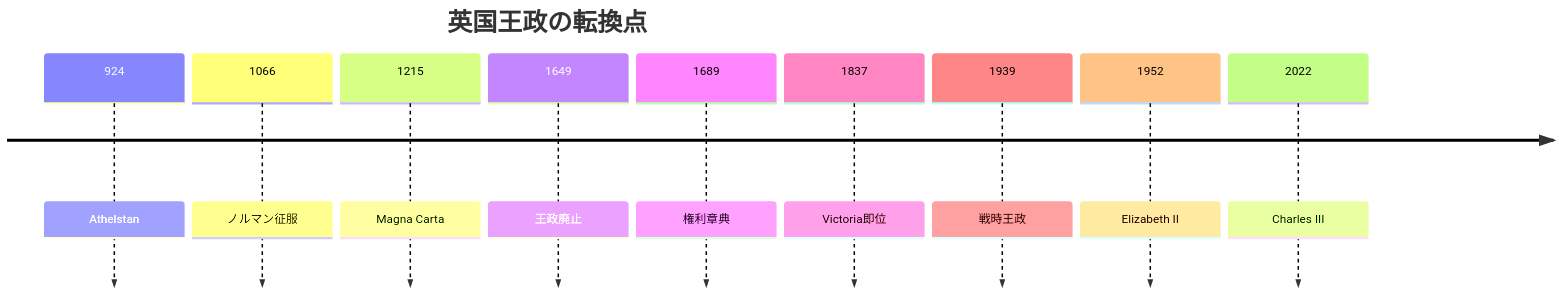
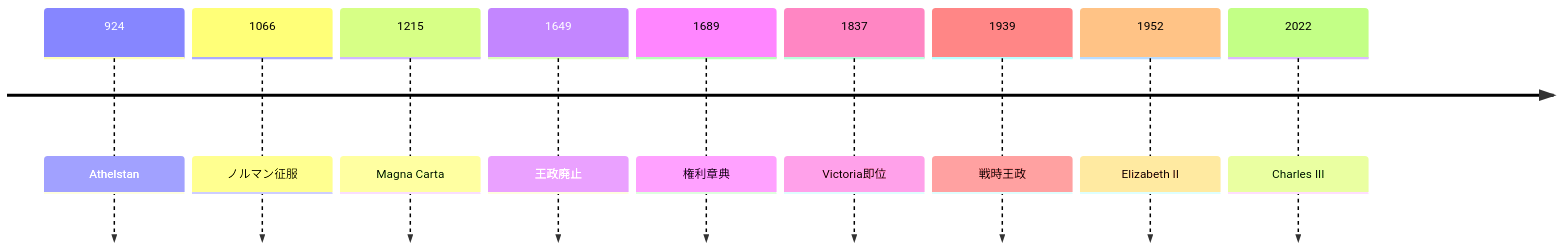
The diagram in articles/report/british-monarchy-history/ja/index.mdx (daylight55/research), drawn with Mermaid before and after one commit. The commit also changed 181 other files, not shown here.

First line of the commit message:
全記事の図解368点を再生成し、共通注意書きを削除 (#402)

````diff
--- a/articles/report/british-monarchy-history/ja/index.mdx
+++ b/articles/report/british-monarchy-history/ja/index.mdx
@@ -26,13 +26,16 @@
 ```mermaid
 timeline
-  title 英国王政の転換点
+  accTitle: 英国王政の変化を年代で読む
+  accDescr: 征服、王権の制限、王政廃止、立憲化と近現代の継承を区別する。王位継承と制度の転換は同じ種類の出来事ではない。
+  accTitle: 英国王政の変化を年代で読む
+  accDescr: 征服、王権の制限、王政廃止、立憲化と近現代の継承を区別する。王位継承と制度の転換は同じ種類の出来事ではない。
   924 : Athelstan
   1066 : ノルマン征服
   1215 : Magna Carta
   1649 : 王政廃止
   1689 : 権利章典
   1837 : Victoria即位
   1939 : 戦時王政
   1952 : Elizabeth II
   2022 : Charles III
 ```
````
